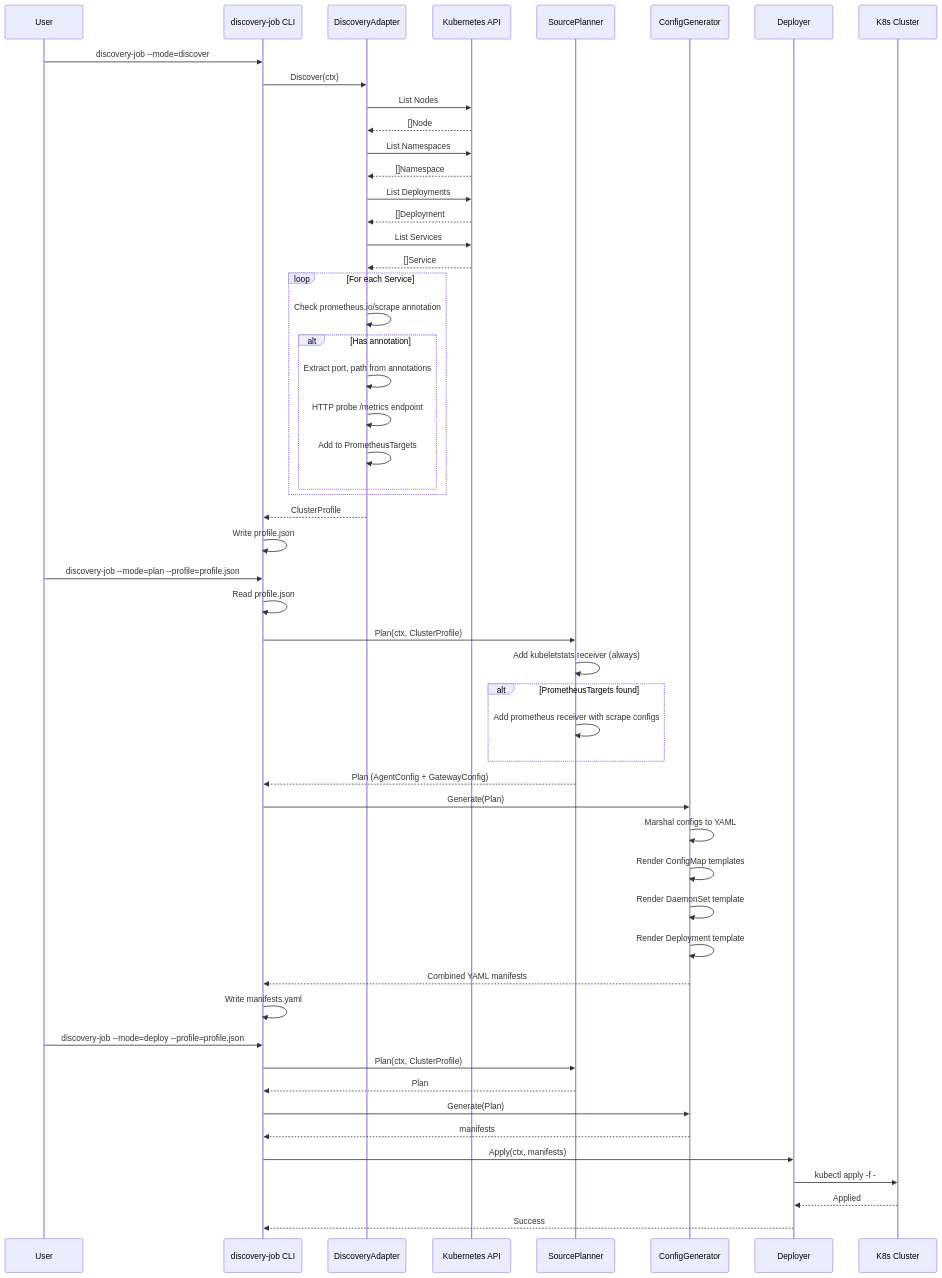
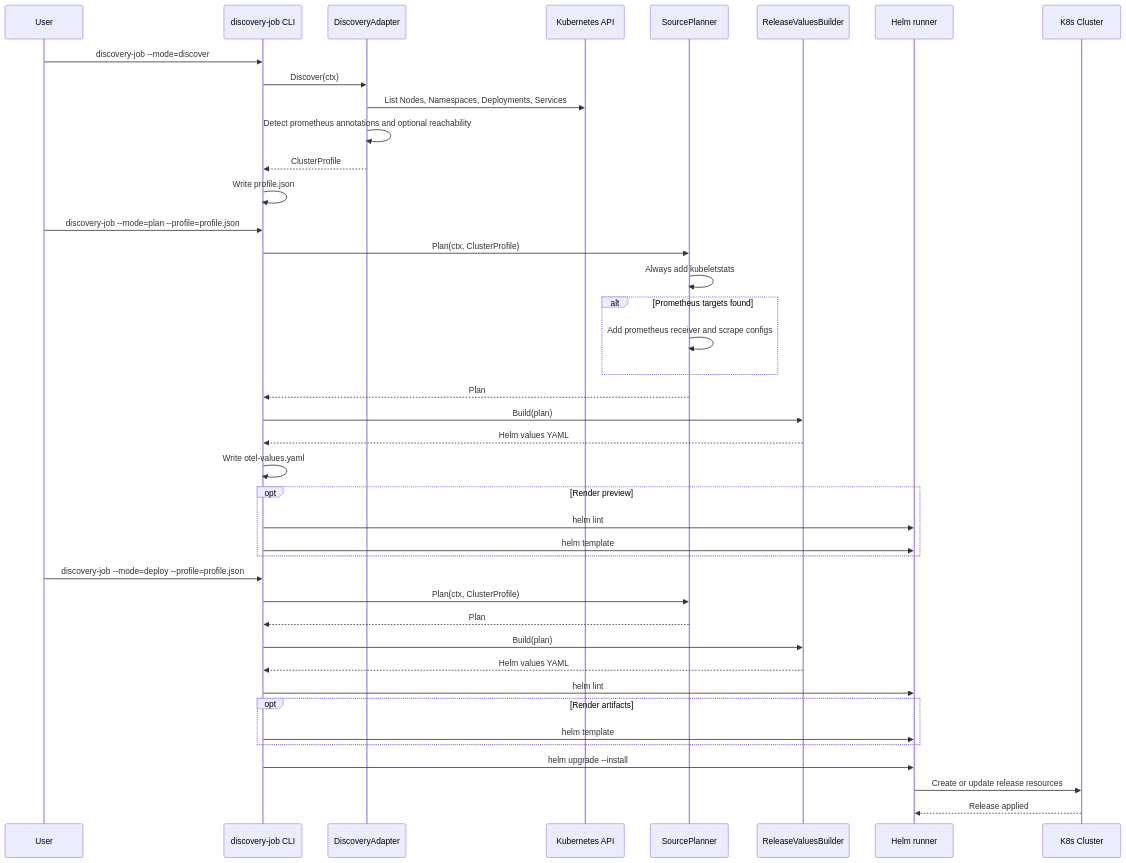
Before and after one commit to erickivel/karthos: the diagram in docs/discovery-flow.md, drawn with Mermaid. The commit also changed other lines of this file and 36 other files, not shown here.

First line of the commit message:
feat: Implement Helm chart for discovery-driven OpenTelemetry collector

````diff
--- a/docs/discovery-flow.md
+++ b/docs/discovery-flow.md
@@ -7,63 +7,46 @@
 ```mermaid
 sequenceDiagram
     participant User
     participant CLI as discovery-job CLI
     participant DA as DiscoveryAdapter
     participant K8s as Kubernetes API
     participant SP as SourcePlanner
-    participant CG as ConfigGenerator
-    participant D as Deployer
+    participant RV as ReleaseValuesBuilder
+    participant H as Helm runner
     participant Cluster as K8s Cluster
 
     User->>CLI: discovery-job --mode=discover
     CLI->>DA: Discover(ctx)
-    DA->>K8s: List Nodes
-    K8s-->>DA: []Node
-    DA->>K8s: List Namespaces
-    K8s-->>DA: []Namespace
-    DA->>K8s: List Deployments
-    K8s-->>DA: []Deployment
-    DA->>K8s: List Services
-    K8s-->>DA: []Service
-    
-    loop For each Service
-        DA->>DA: Check prometheus.io/scrape annotation
-        alt Has annotation
-            DA->>DA: Extract port, path from annotations
-            DA->>DA: HTTP probe /metrics endpoint
-            DA->>DA: Add to PrometheusTargets
-        end
-    end
-    
+    DA->>K8s: List Nodes, Namespaces, Deployments, Services
+    DA->>DA: Detect prometheus annotations and optional reachability
     DA-->>CLI: ClusterProfile
     CLI->>CLI: Write profile.json
 
     User->>CLI: discovery-job --mode=plan --profile=profile.json
-    CLI->>CLI: Read profile.json
     CLI->>SP: Plan(ctx, ClusterProfile)
-    
-    SP->>SP: Add kubeletstats receiver (always)
-    
-    alt PrometheusTargets found
-        SP->>SP: Add prometheus receiver with scrape configs
+    SP->>SP: Always add kubeletstats
+    alt Prometheus targets found
+        SP->>SP: Add prometheus receiver and scrape configs
     end
-    
-    SP-->>CLI: Plan (AgentConfig + GatewayConfig)
-    CLI->>CG: Generate(Plan)
-    CG->>CG: Marshal configs to YAML
-    CG->>CG: Render ConfigMap templates
-    CG->>CG: Render DaemonSet template
-    CG->>CG: Render Deployment template
-    CG-->>CLI: Combined YAML manifests
-    CLI->>CLI: Write manifests.yaml
+    SP-->>CLI: Plan
+    CLI->>RV: Build(plan)
+    RV-->>CLI: Helm values YAML
+    CLI->>CLI: Write otel-values.yaml
+    opt Render preview
+        CLI->>H: helm lint
+        CLI->>H: helm template
+    end
 
     User->>CLI: discovery-job --mode=deploy --profile=profile.json
     CLI->>SP: Plan(ctx, ClusterProfile)
     SP-->>CLI: Plan
-    CLI->>CG: Generate(Plan)
-    CG-->>CLI: manifests
-    CLI->>D: Apply(ctx, manifests)
-    D->>Cluster: kubectl apply -f -
-    Cluster-->>D: Applied
-    D-->>CLI: Success
+    CLI->>RV: Build(plan)
+    RV-->>CLI: Helm values YAML
+    CLI->>H: helm lint
+    opt Render artifacts
+        CLI->>H: helm template
+    end
+    CLI->>H: helm upgrade --install
+    H->>Cluster: Create or update release resources
+    Cluster-->>H: Release applied
 ```
````
